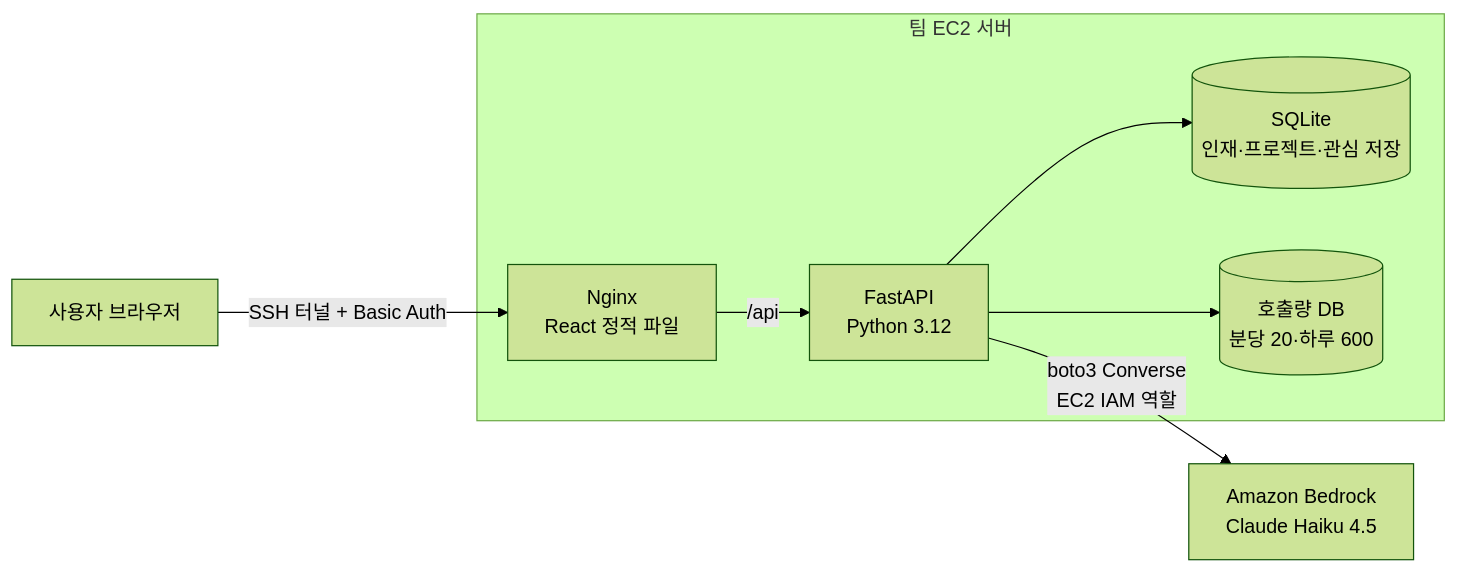
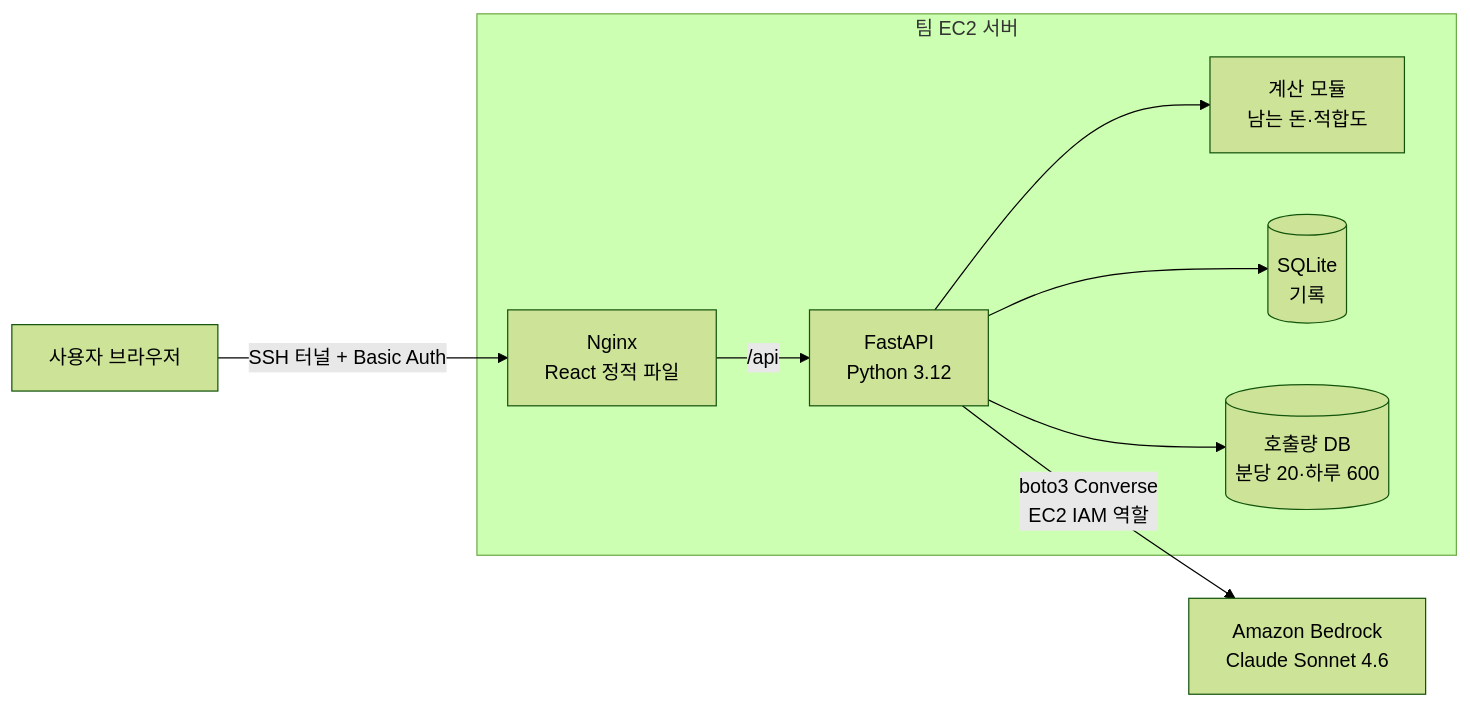
One commit to hellryang/ai-solvethon-2026 changed the diagram in README.md. Above: the diagram before and after it, drawn with Mermaid (forest theme). The commit also changed other lines of this file, not shown here.

````diff
--- a/README.md
+++ b/README.md
@@ -32,10 +33,11 @@
 ```mermaid
 flowchart LR
     U[사용자 브라우저] -->|SSH 터널 + Basic Auth| NG
     subgraph EC2[팀 EC2 서버]
         NG[Nginx<br/>React 정적 파일] -->|/api| API[FastAPI<br/>Python 3.12]
-        API --> DB[(SQLite<br/>인재·프로젝트·관심 저장)]
+        API --> CALC[계산 모듈<br/>남는 돈·적합도]
+        API --> DB[(SQLite<br/>기록)]
         API --> Q[(호출량 DB<br/>분당 20·하루 600)]
     end
-    API -->|boto3 Converse<br/>EC2 IAM 역할| BR[Amazon Bedrock<br/>Claude Haiku 4.5]
+    API -->|boto3 Converse<br/>EC2 IAM 역할| BR[Amazon Bedrock<br/>Claude Sonnet 4.6]
 ```
````
